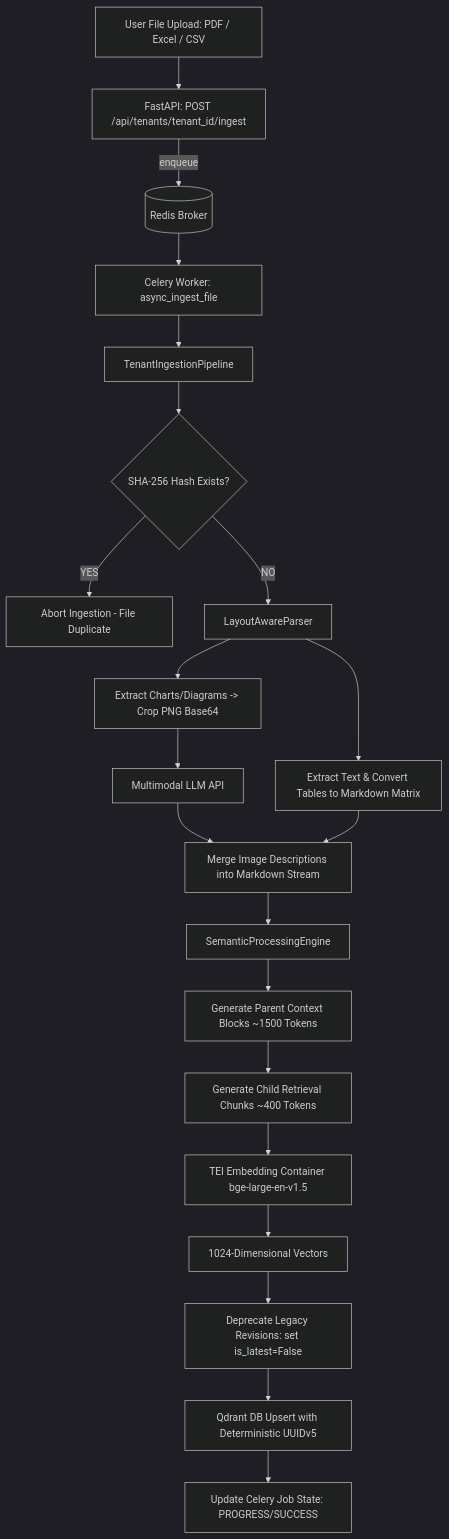
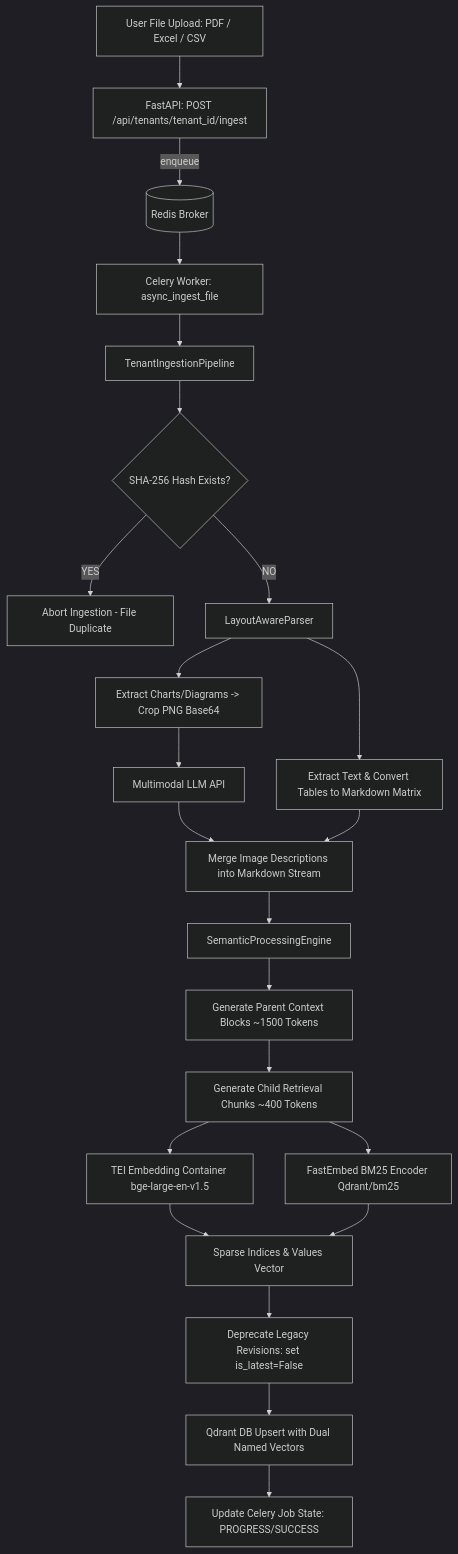
The diagram in src/processing/README.md (gpu-stack/Enterprise-AI-Fabric), drawn with Mermaid (dark theme) before and after one commit. The commit also changed other lines of this file and 4 other files, not shown here.

Commit message:
docs: Add dedicated HYBRID_SEARCH.md and update architecture READMEs across codebase

````diff
--- a/src/processing/README.md
+++ b/src/processing/README.md
@@ -37,27 +39,29 @@
 ```mermaid
 graph TD
     Upload[User File Upload: PDF / Excel / CSV] --> API[FastAPI: POST /api/tenants/tenant_id/ingest]
     API -->|enqueue| Queue[(Redis Broker)]
     Queue --> Worker[Celery Worker: async_ingest_file]
 
     Worker --> IngestPipe[TenantIngestionPipeline]
     IngestPipe --> HashCheck{SHA-256 Hash Exists?}
     HashCheck -- YES --> Skip[Abort Ingestion - File Duplicate]
 
     HashCheck -- NO --> Parser[LayoutAwareParser]
     Parser --> TextTables[Extract Text & Convert Tables to Markdown Matrix]
     Parser --> VisionElements[Extract Charts/Diagrams -> Crop PNG Base64]
     VisionElements --> MultimodalLLM[Multimodal LLM API]
     MultimodalLLM --> MergeStream[Merge Image Descriptions into Markdown Stream]
     TextTables --> MergeStream
 
     MergeStream --> SemanticEngine[SemanticProcessingEngine]
     SemanticEngine --> ParentBlocks[Generate Parent Context Blocks ~1500 Tokens]
     ParentBlocks --> ChildChunks[Generate Child Retrieval Chunks ~400 Tokens]
     ChildChunks --> TEIEmbed[TEI Embedding Container bge-large-en-v1.5]
-    TEIEmbed --> Vectors[1024-Dimensional Vectors]
+    ChildChunks --> SparseBM25[FastEmbed BM25 Encoder Qdrant/bm25]
+    TEIEmbed --> Vectors[1024-Dim Dense Vector]
+    SparseBM25 --> Vectors[Sparse Indices & Values Vector]
 
     Vectors --> LineageCheck[Deprecate Legacy Revisions: set is_latest=False]
-    LineageCheck --> QdrantUpsert[Qdrant DB Upsert with Deterministic UUIDv5]
+    LineageCheck --> QdrantUpsert[Qdrant DB Upsert with Dual Named Vectors]
     QdrantUpsert --> JobStore[Update Celery Job State: PROGRESS/SUCCESS]
 ```
````
